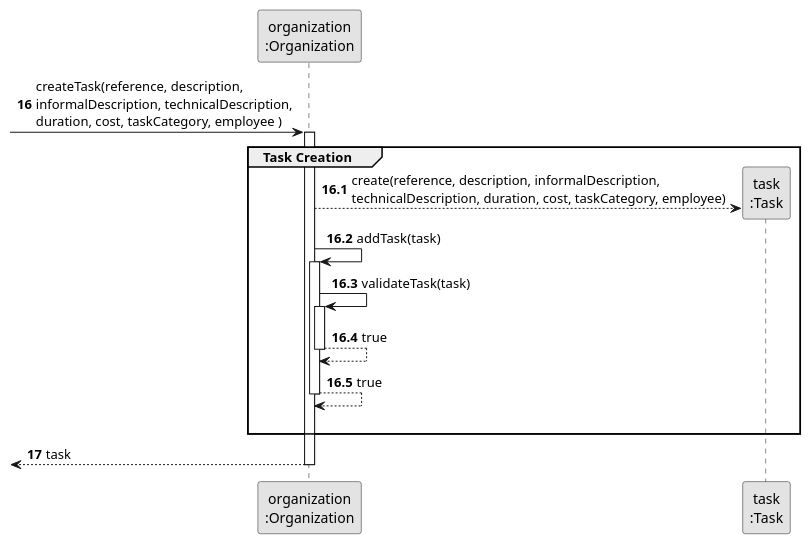
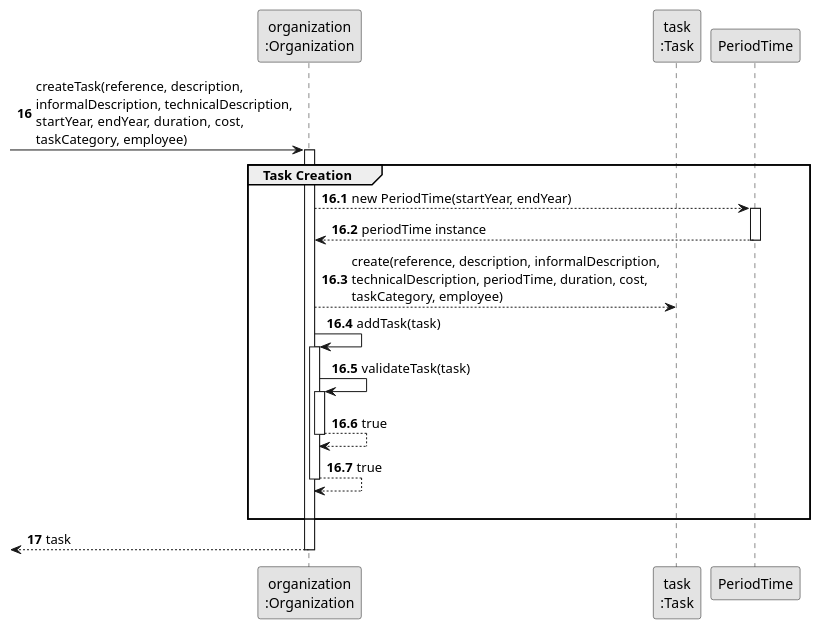
The diagram in docs/system-documentation/US002/03.design/puml/US002-SD-partial-create-task.puml (bruno-monteiro5/sem2-pi-24.25-g132-repo), drawn with PlantUML before and after one commit. The commit also changed 17 other files, not shown here.

```diff
--- a/docs/system-documentation/US002/03.design/puml/US002-SD-partial-create-task.puml
+++ b/docs/system-documentation/US002/03.design/puml/US002-SD-partial-create-task.puml
@@ -1,32 +1,38 @@
 @startuml
 skinparam monochrome true
 skinparam packageStyle rectangle
 skinparam shadowing false
 
 participant "organization\n:Organization" as ORG
 participant "task\n:Task" as TASK
+participant "PeriodTime" as PERIODTIME
 
 autonumber 16
--> ORG: createTask(reference, description,\ninformalDescription, technicalDescription,\nduration, cost, taskCategory, employee )
+-> ORG: createTask(reference, description,\ninformalDescription, technicalDescription,\nstartYear, endYear, duration, cost,\ntaskCategory, employee)
 
 autonumber 16.1
 activate ORG
     group Task Creation
-        ORG --> TASK**: create(reference, description, informalDescription, \ntechnicalDescription, duration, cost, taskCategory, employee)
+        ORG --> PERIODTIME: new PeriodTime(startYear, endYear)
+        activate PERIODTIME
+        PERIODTIME --> ORG : periodTime instance
+        deactivate PERIODTIME
+
+        ORG --> TASK: create(reference, description, informalDescription,\ntechnicalDescription, periodTime, duration, cost,\ntaskCategory, employee)
         ORG -> ORG: addTask(task)
 
         activate ORG
             ORG -> ORG: validateTask(task)
             activate ORG
                 ORG --> ORG : true
             deactivate ORG
 
             ORG --> ORG : true
             |||
         deactivate ORG
     end
 
     autonumber 17
     <-- ORG : task
 deactivate ORG
 @enduml
```
